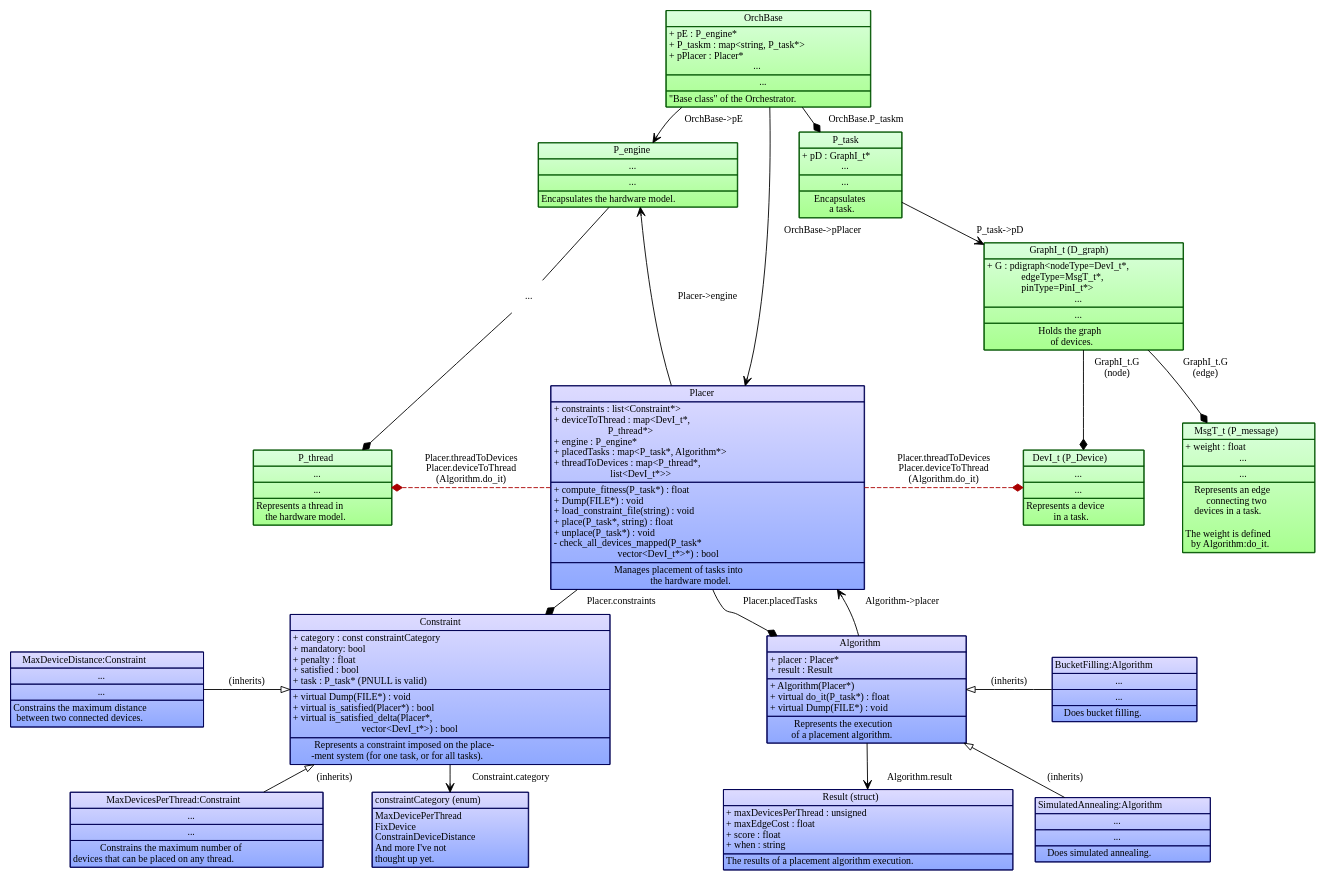
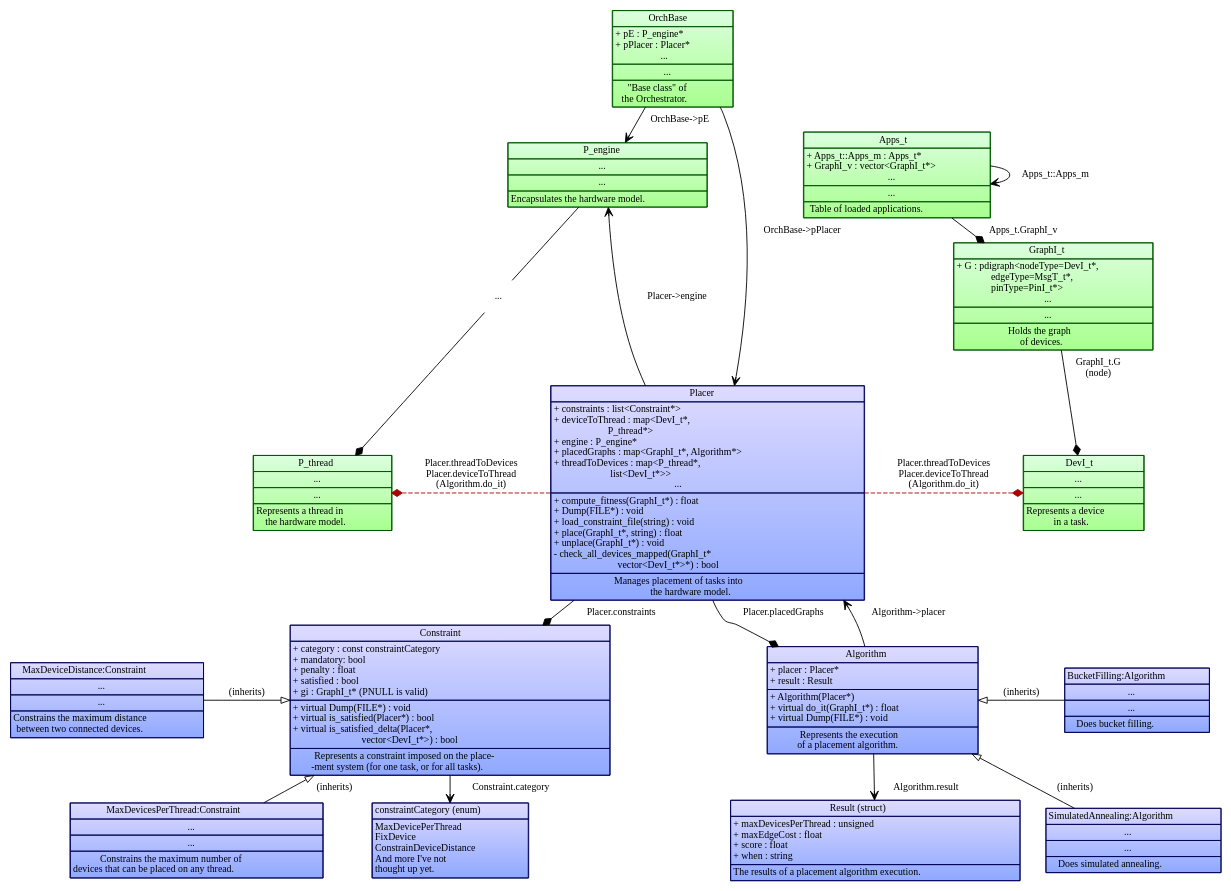
One commit to POETSII/orchestrator-documentation changed the diagram in images/source/placement_design_data_structure.dot. Above: the diagram before and after it, drawn with Graphviz. The commit also changed 1 other file, not shown here.

```diff
--- a/images/source/placement_design_data_structure.dot
+++ b/images/source/placement_design_data_structure.dot
@@ -21,7 +21,6 @@
 <TR><TD>OrchBase</TD></TR>
 <TR><TD ALIGN="LEFT">
 + pE : P_engine*<BR ALIGN="LEFT"/>
-+ P_taskm : map&lt;string, P_task*&gt;<BR ALIGN="LEFT"/>
 + pPlacer : Placer*<BR ALIGN="LEFT"/>
  ...<BR ALIGN="TEXT"/>
 </TD></TR>
@@ -29,7 +28,22 @@
 ...<BR ALIGN="TEXT"/>
 </TD></TR>
 <TR><TD ALIGN="TEXT">
-"Base class" of the Orchestrator.<BR ALIGN="TEXT"/>
+"Base class" of<BR ALIGN="TEXT"/>
+the Orchestrator.<BR ALIGN="TEXT"/>
+</TD></TR></TABLE>>];
+
+    Apps_t[label=<<TABLE BORDER="0" CELLBORDER="1" CELLSPACING="0">
+<TR><TD>Apps_t</TD></TR>
+<TR><TD ALIGN="LEFT">
++ Apps_t::Apps_m : Apps_t*<BR ALIGN="LEFT"/>
++ GraphI_v : vector&lt;GraphI_t*&gt;<BR ALIGN="LEFT"/>
+...<BR ALIGN="TEXT"/>
+</TD></TR>
+<TR><TD ALIGN="TEXT">
+...<BR ALIGN="TEXT"/>
+</TD></TR>
+<TR><TD ALIGN="TEXT">
+Table of loaded applications.<BR ALIGN="TEXT"/>
 </TD></TR></TABLE>>];
 
     P_engine[label=<<TABLE BORDER="0" CELLBORDER="1" CELLSPACING="0">
@@ -44,22 +58,8 @@
 Encapsulates the hardware model.<BR ALIGN="TEXT"/>
 </TD></TR></TABLE>>];
 
-    P_task[label=<<TABLE BORDER="0" CELLBORDER="1" CELLSPACING="0">
-<TR><TD>P_task</TD></TR>
-<TR><TD ALIGN="TEXT">
-+ pD : GraphI_t*<BR ALIGN="LEFT"/>
-...<BR ALIGN="TEXT"/>
-</TD></TR>
-<TR><TD ALIGN="TEXT">
-...<BR ALIGN="TEXT"/>
-</TD></TR>
-<TR><TD ALIGN="TEXT">
-Encapsulates<BR ALIGN="TEXT"/>
-a task.<BR ALIGN="TEXT"/>
-</TD></TR></TABLE>>];
-
     GraphI_t[label=<<TABLE BORDER="0" CELLBORDER="1" CELLSPACING="0">
-<TR><TD>GraphI_t (D_graph)</TD></TR>
+<TR><TD>GraphI_t</TD></TR>
 <TR><TD ALIGN="TEXT">
 + G : pdigraph&lt;nodeType=DevI_t*,<BR ALIGN="LEFT"/>
                edgeType=MsgT_t*,<BR ALIGN="LEFT"/>
@@ -88,7 +88,7 @@
 </TD></TR></TABLE>>];
 
     DevI_t[label=<<TABLE BORDER="0" CELLBORDER="1" CELLSPACING="0">
-<TR><TD>DevI_t (P_Device)</TD></TR>
+<TR><TD>DevI_t</TD></TR>
 <TR><TD ALIGN="TEXT">
 ...<BR ALIGN="TEXT"/>
 </TD></TR>
@@ -98,23 +98,6 @@
 <TR><TD ALIGN="TEXT">
 Represents a device<BR ALIGN="TEXT"/>
 in a task.<BR ALIGN="TEXT"/>
-</TD></TR></TABLE>>];
-
-    MsgT_t[label=<<TABLE BORDER="0" CELLBORDER="1" CELLSPACING="0">
-           <TR><TD>MsgT_t (P_message)</TD></TR>
-<TR><TD ALIGN="TEXT">
-+ weight : float<BR ALIGN="LEFT"/>
-...<BR ALIGN="TEXT"/>
-</TD></TR>
-<TR><TD ALIGN="TEXT">
-...<BR ALIGN="TEXT"/>
-</TD></TR>
-<TR><TD ALIGN="TEXT">
-Represents an edge<BR ALIGN="TEXT"/>
-connecting two<BR ALIGN="TEXT"/>
-devices in a task.<BR ALIGN="TEXT"/><BR ALIGN="TEXT"/>
-The weight is defined<BR ALIGN="TEXT"/>
-by Algorithm:do_it.<BR ALIGN="TEXT"/>
 </TD></TR></TABLE>>];
 
     node[color="#000055",
@@ -127,17 +110,18 @@
 + deviceToThread : map&lt;DevI_t*,<BR ALIGN="LEFT"/>
                        P_thread*&gt;<BR ALIGN="LEFT"/>
 + engine : P_engine*<BR ALIGN="LEFT"/>
-+ placedTasks : map&lt;P_task*, Algorithm*&gt;<BR ALIGN="LEFT"/>
++ placedGraphs : map&lt;GraphI_t*, Algorithm*&gt;<BR ALIGN="LEFT"/>
 + threadToDevices : map&lt;P_thread*,<BR ALIGN="LEFT"/>
                         list&lt;DevI_t*&gt;&gt;<BR ALIGN="LEFT"/>
+...<BR ALIGN="TEXT"/>
 </TD></TR>
 <TR><TD ALIGN="LEFT">
-+ compute_fitness(P_task*) : float<BR ALIGN="LEFT"/>
++ compute_fitness(GraphI_t*) : float<BR ALIGN="LEFT"/>
 + Dump(FILE*) : void<BR ALIGN="LEFT"/>
 + load_constraint_file(string) : void<BR ALIGN="LEFT"/>
-+ place(P_task*, string) : float<BR ALIGN="LEFT"/>
-+ unplace(P_task*) : void<BR ALIGN="LEFT"/>
-- check_all_devices_mapped(P_task*<BR ALIGN="LEFT"/>
++ place(GraphI_t*, string) : float<BR ALIGN="LEFT"/>
++ unplace(GraphI_t*) : void<BR ALIGN="LEFT"/>
+- check_all_devices_mapped(GraphI_t*<BR ALIGN="LEFT"/>
                            vector&lt;DevI_t*&gt;*) : bool<BR ALIGN="LEFT"/>
 </TD></TR>
 <TR><TD ALIGN="TEXT">
@@ -165,7 +149,7 @@
 + mandatory: bool<BR ALIGN="LEFT"/>
 + penalty : float<BR ALIGN="LEFT"/>
 + satisfied : bool<BR ALIGN="LEFT"/>
-+ task : P_task* (PNULL is valid)<BR ALIGN="LEFT"/>
++ gi : GraphI_t* (PNULL is valid)<BR ALIGN="LEFT"/>
 </TD></TR>
 <TR><TD ALIGN="LEFT">
 + virtual Dump(FILE*) : void<BR ALIGN="LEFT"/>
@@ -212,7 +196,7 @@
 </TD></TR>
 <TR><TD ALIGN="LEFT">
 + Algorithm(Placer*)<BR ALIGN="LEFT"/>
-+ virtual do_it(P_task*) : float<BR ALIGN="LEFT"/>
++ virtual do_it(GraphI_t*) : float<BR ALIGN="LEFT"/>
 + virtual Dump(FILE*) : void<BR ALIGN="LEFT"/>
 </TD></TR>
 <TR><TD ALIGN="TEXT">
@@ -264,10 +248,10 @@
     /* Containment. */
     {edge[arrowhead="vee"];
         OrchBase -> Placer[label=" OrchBase->pPlacer"];
+        Apps_t -> Apps_t[label=" Apps_t::Apps_m"];
         Constraint -> constraintCategory[label=" Constraint.category"];
         Algorithm -> Result[label=" Algorithm.result"];
         OrchBase -> P_engine[label=" OrchBase->pE"];
-        P_task -> GraphI_t[label=" P_task->pD"];
         Placer -> P_engine[label=" Placer->engine"];
         Algorithm -> Placer[label=" Algorithm->placer"];
     }
@@ -287,11 +271,10 @@
 
     /* One-to-many relationships in a separate block. */
     {edge[arrowhead="diamond"];
-        OrchBase -> P_task[label=" OrchBase.P_taskm"];
+        Apps_t -> GraphI_t[label=" Apps_t.GraphI_v"];
         Placer -> Constraint[label=" Placer.constraints"];
-        Placer -> Algorithm[label=" Placer.placedTasks"];
+        Placer -> Algorithm[label=" Placer.placedGraphs"];
         GraphI_t -> DevI_t[label=" GraphI_t.G\n (node)"];
-        GraphI_t -> MsgT_t[label=" GraphI_t.G\n (edge)"];
 
         /* Placement! */
         {edge[color="#AA0000", style="dashed"];
@@ -313,12 +296,12 @@
 
     /* Rank hackery */
     {rank="same";
-        P_engine -> P_task [style="invis"];
+        P_engine -> Apps_t [style="invis"];
         rankdir="LR";
     }
 
     {rank="same";
-        P_thread -> Placer -> DevI_t -> MsgT_t [style="invis"];
+        P_thread -> Placer -> DevI_t [style="invis"];
         rankdir="LR";
     }
 
```
